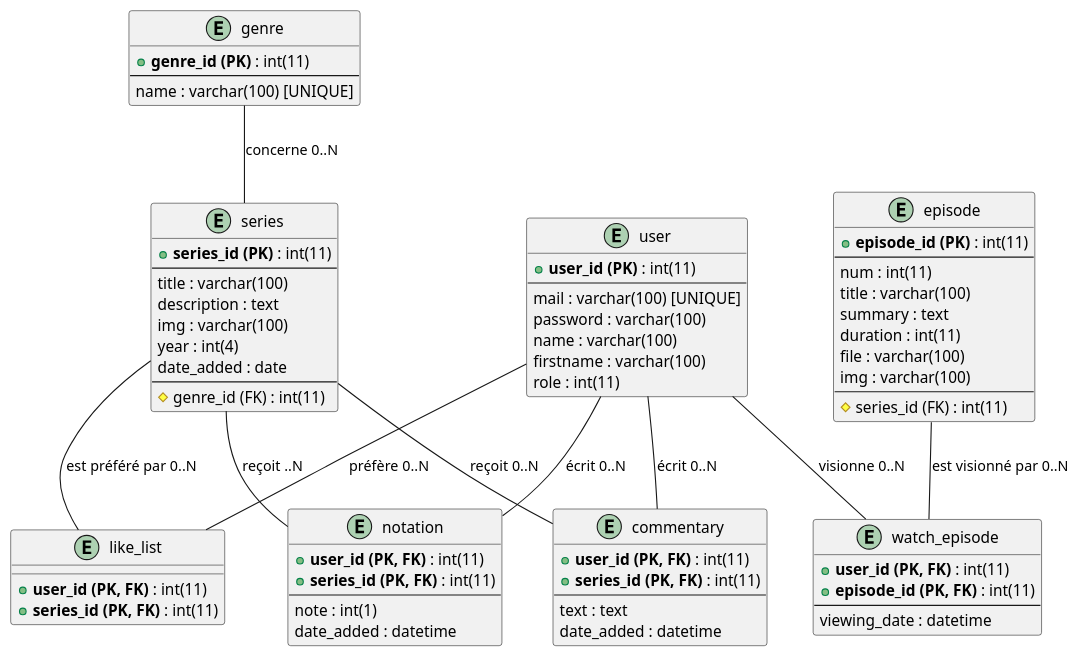
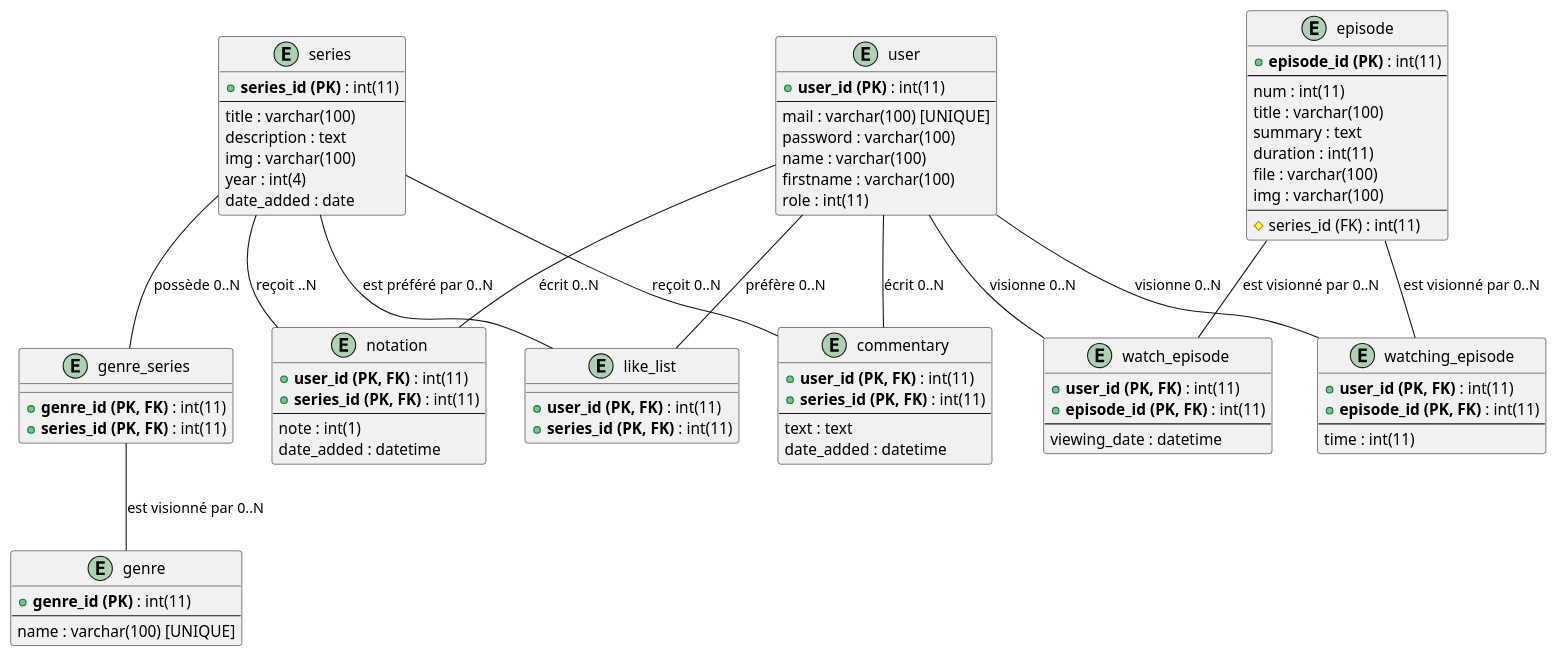
The diagram in sql/UMLbd.puml (Adri1-13/OnlyFilms), drawn with PlantUML before and after one commit.

Commit message:
Mise à jour du diagramme UML de la base

```diff
--- a/sql/UMLbd.puml
+++ b/sql/UMLbd.puml
@@ -1,95 +1,105 @@
 @startuml
 
 ' Définition des tables
 
 entity "user" as User {
-  + **user_id (PK)** : int(11)
-  --
-  mail : varchar(100) [UNIQUE]
-  password : varchar(100)
-  name : varchar(100)
-  firstname : varchar(100)
-  role : int(11)
+    + **user_id (PK)** : int(11)
+    --
+    mail : varchar(100) [UNIQUE]
+    password : varchar(100)
+    name : varchar(100)
+    firstname : varchar(100)
+    role : int(11)
 }
 
 entity "series" as Series {
-  + **series_id (PK)** : int(11)
-  --
-  title : varchar(100)
-  description : text
-  img : varchar(100)
-  year : int(4)
-  date_added : date
-  --
-  # genre_id (FK) : int(11)
+    + **series_id (PK)** : int(11)
+    --
+    title : varchar(100)
+    description : text
+    img : varchar(100)
+    year : int(4)
+    date_added : date
 }
 
 entity "episode" as Episode {
-  + **episode_id (PK)** : int(11)
-  --
-  num : int(11)
-  title : varchar(100)
-  summary : text
-  duration : int(11)
-  file : varchar(100)
-  img : varchar(100)
-  --
-  # series_id (FK) : int(11)
+    + **episode_id (PK)** : int(11)
+    --
+    num : int(11)
+    title : varchar(100)
+    summary : text
+    duration : int(11)
+    file : varchar(100)
+    img : varchar(100)
+    --
+    # series_id (FK) : int(11)
 }
 
 entity "genre" as Genre {
-  + **genre_id (PK)** : int(11)
-  --
-  name : varchar(100) [UNIQUE]
+    + **genre_id (PK)** : int(11)
+    --
+    name : varchar(100) [UNIQUE]
 }
 
 ' Tables d'association
 
 entity "commentary" as Commentary {
-  + **user_id (PK, FK)** : int(11)
-  + **series_id (PK, FK)** : int(11)
-  --
-  text : text
-  date_added : datetime
+    + **user_id (PK, FK)** : int(11)
+    + **series_id (PK, FK)** : int(11)
+    --
+    text : text
+    date_added : datetime
 }
 
 entity "notation" as Notation {
-  + **user_id (PK, FK)** : int(11)
-  + **series_id (PK, FK)** : int(11)
-  --
-  note : int(1)
-  date_added : datetime
+    + **user_id (PK, FK)** : int(11)
+    + **series_id (PK, FK)** : int(11)
+    --
+    note : int(1)
+    date_added : datetime
 }
 
 entity "like_list" as LikeList {
-  + **user_id (PK, FK)** : int(11)
-  + **series_id (PK, FK)** : int(11)
+    + **user_id (PK, FK)** : int(11)
+    + **series_id (PK, FK)** : int(11)
 }
 
 entity "watch_episode" as WatchEpisode {
-  + **user_id (PK, FK)** : int(11)
-  + **episode_id (PK, FK)** : int(11)
-  --
-  viewing_date : datetime
+    + **user_id (PK, FK)** : int(11)
+    + **episode_id (PK, FK)** : int(11)
+    --
+    viewing_date : datetime
 }
 
+entity "watching_episode" as WatchingEpisode {
+    + **user_id (PK, FK)** : int(11)
+    + **episode_id (PK, FK)** : int(11)
+    --
+    time : int(11)
+}
 
-' Définition des relations
-Genre -- Series : "concerne 0..N"
-
+entity "genre_series" as GenreSeries {
+    + **genre_id (PK, FK)** : int(11)
+    + **series_id (PK, FK)** : int(11)
+}
 
 ' Tables de liaison
 User -- Commentary : "écrit 0..N"
 Series -- Commentary : "reçoit 0..N"
 
 User -- Notation : "écrit 0..N"
 Series -- Notation : "reçoit ..N"
 
 User -- LikeList : "préfère 0..N"
 Series -- LikeList : "est préféré par 0..N"
 
 User -- WatchEpisode : "visionne 0..N"
 Episode -- WatchEpisode : "est visionné par 0..N"
 
+User -- WatchingEpisode : "visionne 0..N"
+Episode -- WatchingEpisode : "est visionné par 0..N"
+
+Series -- GenreSeries : "possède 0..N"
+GenreSeries -- Genre : "est visionné par 0..N"
 
 @enduml
```
